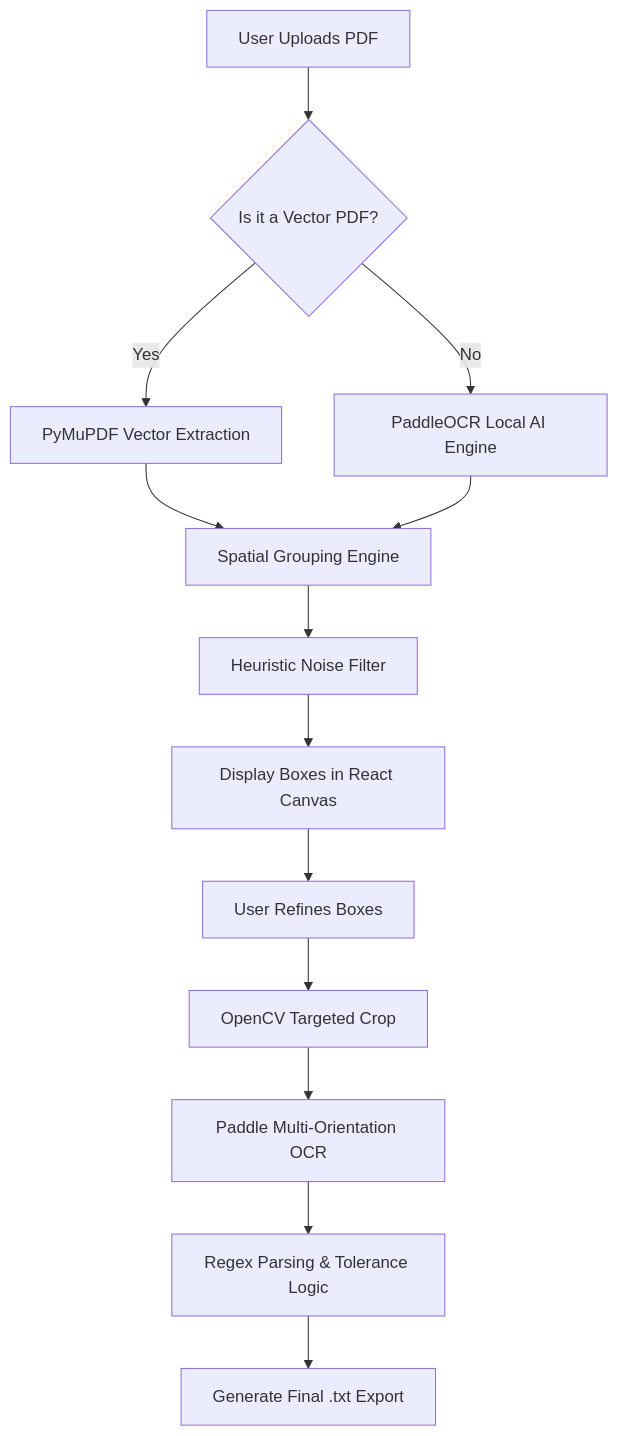
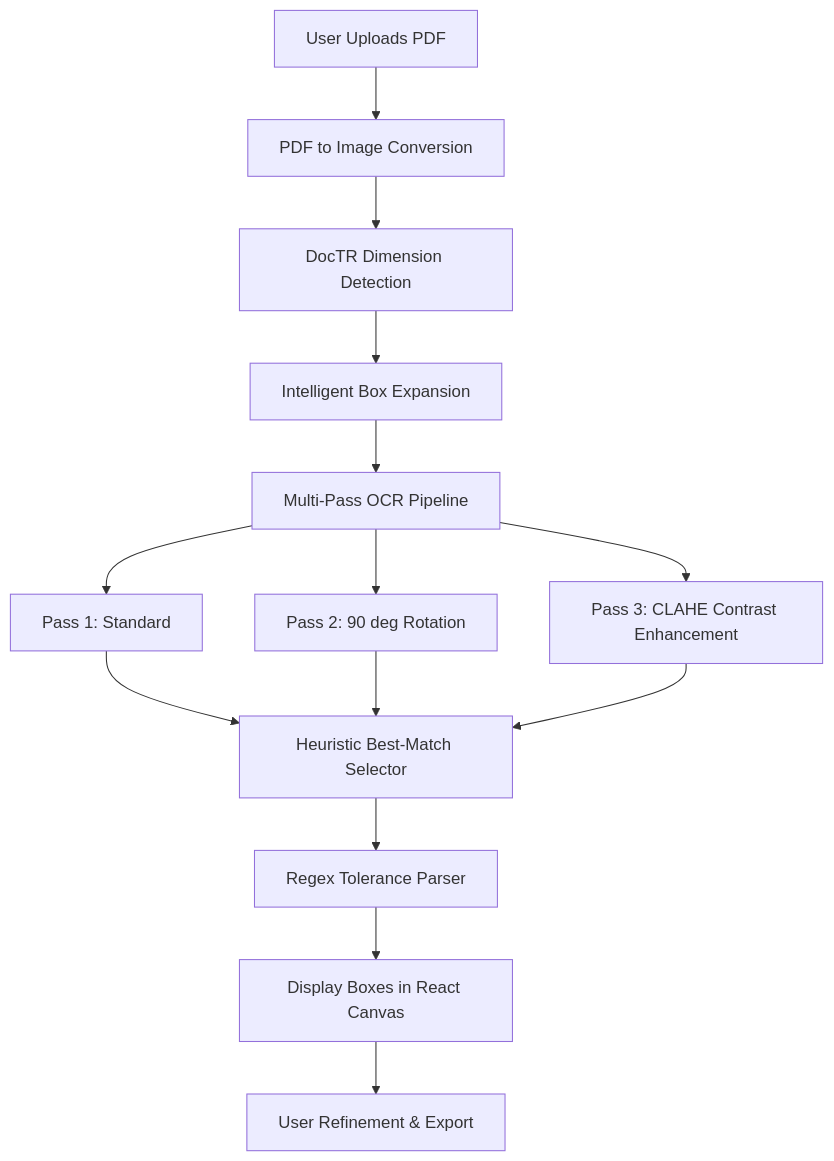
The diagram in README.md (Prashanthdesai2603/dimension_extractor), drawn with Mermaid before and after one commit. The commit also changed other lines of this file and 45 other files, not shown here.

````diff
--- a/README.md
+++ b/README.md
@@ -109,15 +122,14 @@
 ```mermaid
 graph TD
-    A[User Uploads PDF] --> B{Is it a Vector PDF?}
-    B -- Yes --> C[PyMuPDF Vector Extraction]
-    B -- No --> D[PaddleOCR Local AI Engine]
-    C --> E[Spatial Grouping Engine]
-    D --> E
-    E --> F[Heuristic Noise Filter]
-    F --> G[Display Boxes in React Canvas]
-    G --> H[User Refines Boxes]
-    H --> I[OpenCV Targeted Crop]
-    I --> J[Paddle Multi-Orientation OCR]
-    J --> K[Regex Parsing & Tolerance Logic]
-    K --> L[Generate Final .txt Export]
+    A[User Uploads PDF] --> B[PDF to Image Conversion]
+    B --> C[DocTR Dimension Detection]
+    C --> D[Intelligent Box Expansion]
+    D --> E[Multi-Pass OCR Pipeline]
+    E --> E1[Pass 1: Standard]
+    E --> E2[Pass 2: 90 deg Rotation]
+    E --> E3[Pass 3: CLAHE Contrast Enhancement]
+    E1 & E2 & E3 --> F[Heuristic Best-Match Selector]
+    F --> G[Regex Tolerance Parser]
+    G --> H[Display Boxes in React Canvas]
+    H --> I[User Refinement & Export]
 ```
````
